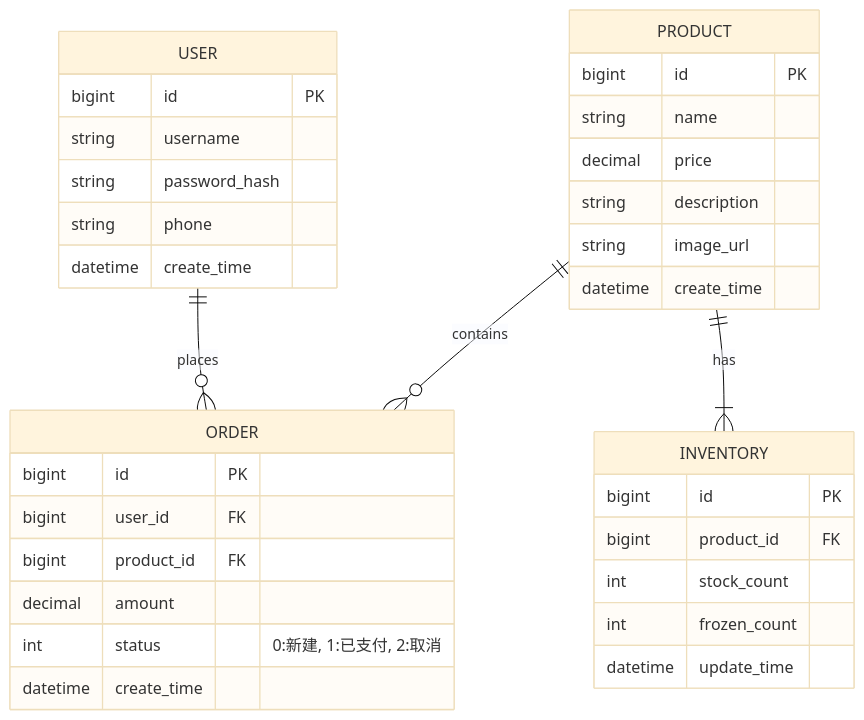
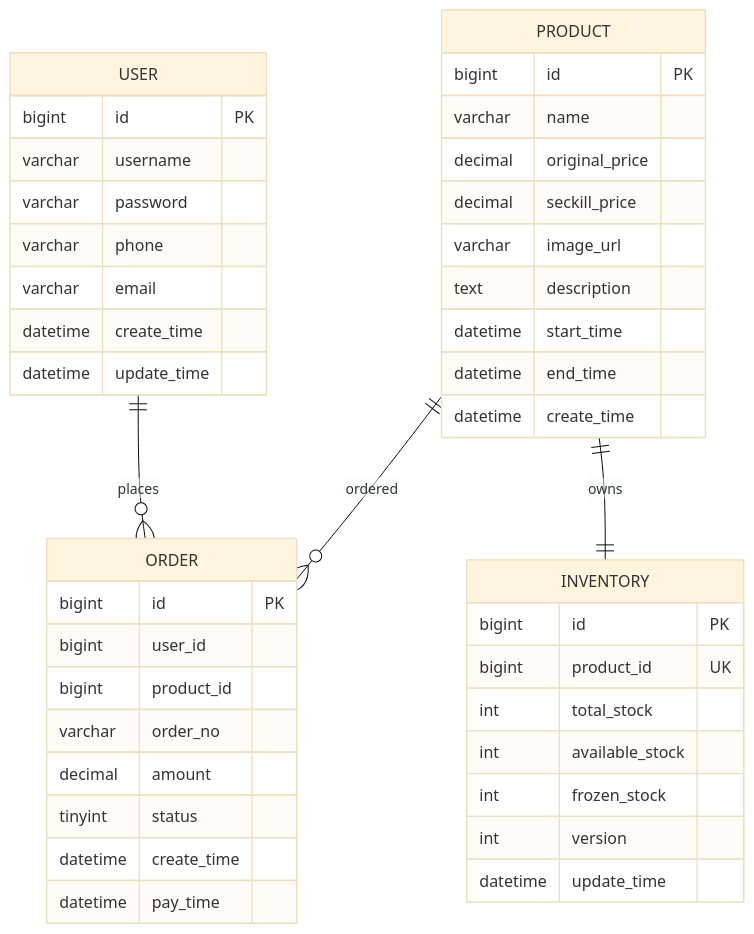
Before and after one commit to Rnn123/Distributed_Software-Homework: the third of 3 diagrams in SecKilling/docs/DESIGN.md, drawn with Mermaid (base theme). The commit also changed other lines of this file and 104 other files, not shown here.

````diff
--- a/SecKilling/docs/DESIGN.md
+++ b/SecKilling/docs/DESIGN.md
@@ -73,40 +81,49 @@
 ```mermaid
 erDiagram
     USER ||--o{ ORDER : places
-    PRODUCT ||--|{ INVENTORY : has
-    PRODUCT ||--o{ ORDER : contains
-    
+    PRODUCT ||--|| INVENTORY : owns
+    PRODUCT ||--o{ ORDER : ordered
+
     USER {
         bigint id PK
-        string username
-        string password_hash
-        string phone
+        varchar username
+        varchar password
+        varchar phone
+        varchar email
+        datetime create_time
+        datetime update_time
+    }
+
+    PRODUCT {
+        bigint id PK
+        varchar name
+        decimal original_price
+        decimal seckill_price
+        varchar image_url
+        text description
+        datetime start_time
+        datetime end_time
         datetime create_time
     }
-    
-    PRODUCT {
-        bigint id PK
-        string name
-        decimal price
-        string description
-        string image_url
-        datetime create_time
-    }
-    
+
     INVENTORY {
         bigint id PK
-        bigint product_id FK
-        int stock_count
-        int frozen_count
+        bigint product_id UK
+        int total_stock
+        int available_stock
+        int frozen_stock
+        int version
         datetime update_time
     }
-    
+
     ORDER {
         bigint id PK
-        bigint user_id FK
-        bigint product_id FK
+        bigint user_id
+        bigint product_id
+        varchar order_no
         decimal amount
-        int status "0:新建, 1:已支付, 2:取消"
+        tinyint status
         datetime create_time
+        datetime pay_time
     }
 ```
````
